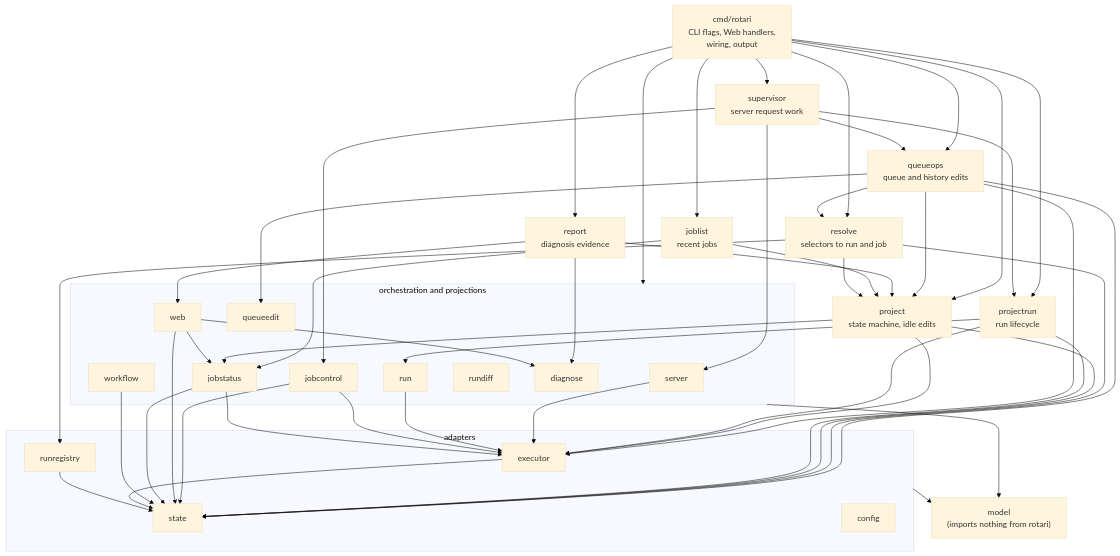
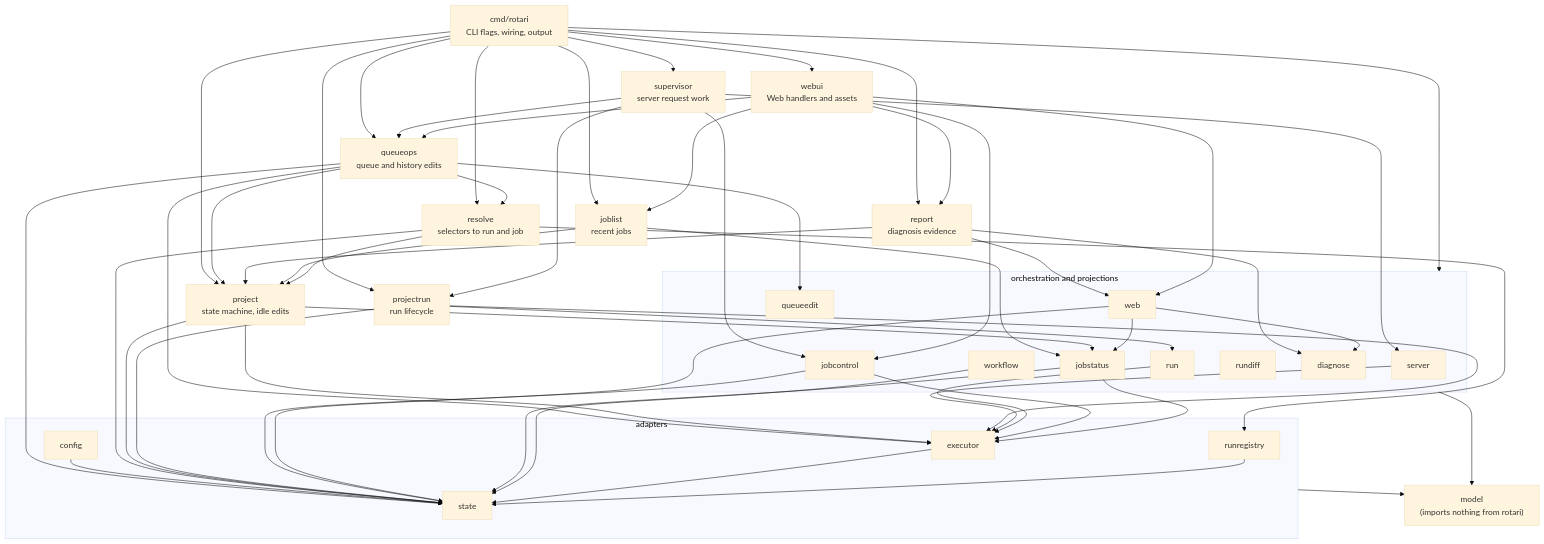
The second of 2 diagrams in docs/ARCHITECTURE.md (kamo-naoyuki/rotari), drawn with Mermaid (base theme) before and after one commit. The commit also changed other lines of this file and 35 other files, not shown here.

First line of the commit message:
refactor(webui): move the Web UI out of cmd/rotari into internal/webui

````diff
--- a/docs/ARCHITECTURE.md
+++ b/docs/ARCHITECTURE.md
@@ -96,6 +96,6 @@
 ```mermaid
 flowchart TB
-  cmd["cmd/rotari<br/>CLI flags, Web handlers,<br/>wiring, output"]
+  cmd["cmd/rotari<br/>CLI flags, wiring, output"]
   projectrun["projectrun<br/>run lifecycle"]
   project["project<br/>state machine, idle edits"]
   resolve["resolve<br/>selectors to run and job"]
@@ -103,6 +103,7 @@
   report["report<br/>diagnosis evidence"]
   joblist["joblist<br/>recent jobs"]
   supervisor["supervisor<br/>server request work"]
+  webui["webui<br/>Web handlers and assets"]
   subgraph l2["orchestration and projections"]
     server
     run
@@ -143,6 +144,13 @@
   supervisor --> queueops
   supervisor --> projectrun
   supervisor --> jobcontrol
+  cmd --> webui
+  webui --> web
+  webui --> queueops
+  webui --> jobcontrol
+  webui --> report
+  webui --> joblist
+  config --> state
   resolve --> project
   resolve --> runregistry
   resolve --> state
````
